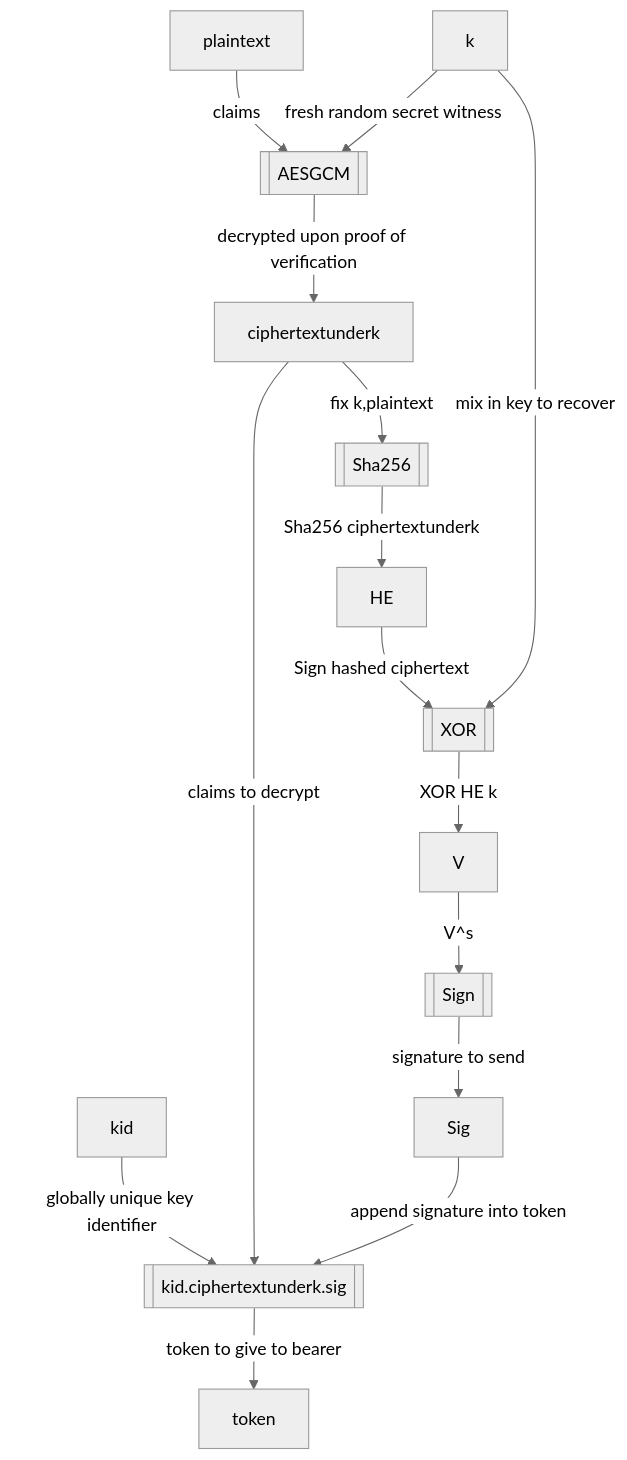
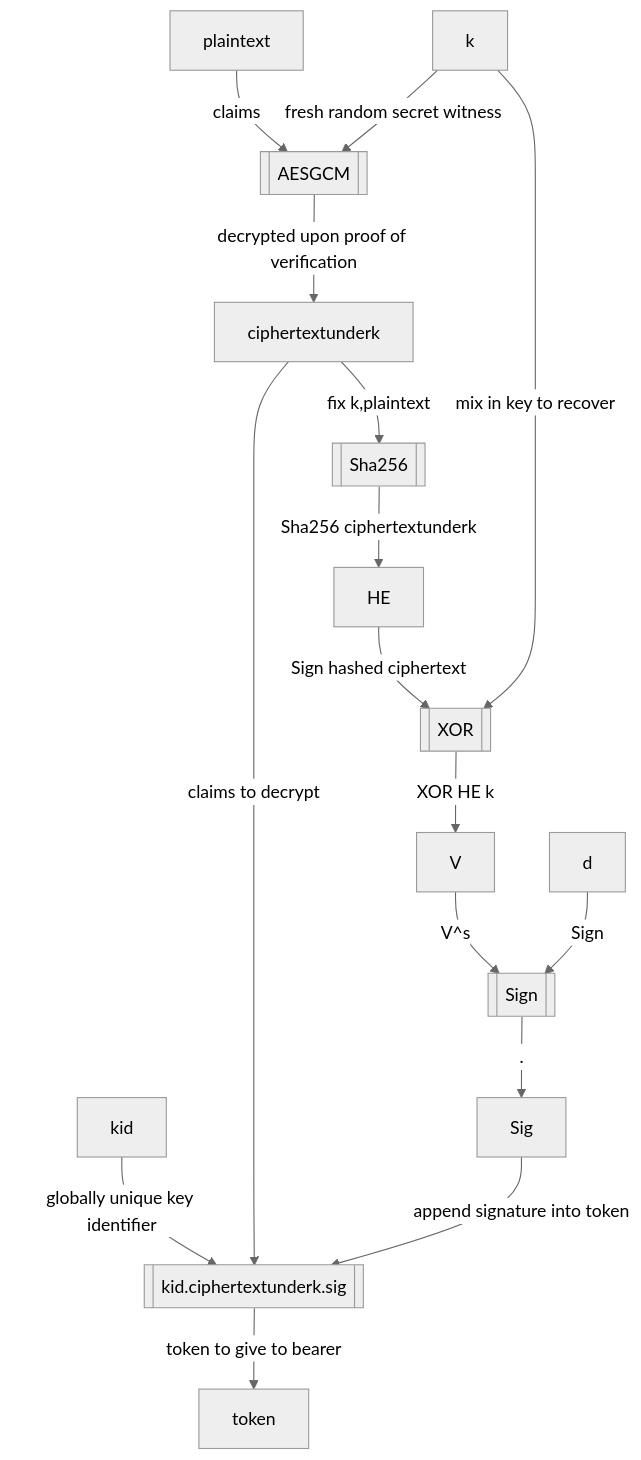
The second of 2 diagrams in README.md (rfielding/whiskeyTango), drawn with Mermaid (neutral theme) before and after one commit.

Commit message:
update diagram

````diff
--- a/README.md
+++ b/README.md
@@ -94,22 +94,23 @@
 ```mermaid
 flowchart TB
   AESGCM[[AESGCM]]
   APPENDB64WithDots[[kid.ciphertextunderk.sig]]
   plaintext-- claims -->AESGCM
   k-- fresh random secret witness -->AESGCM
   AESGCM-- decrypted upon proof of verification -->ciphertextunderk
   kid-- globally unique key identifier -->APPENDB64WithDots
   ciphertextunderk-- claims to decrypt -->APPENDB64WithDots
   APPENDB64WithDots-- token to give to bearer -->token
   Sha256[[Sha256]]
   ciphertextunderk-- fix k,plaintext -->Sha256
   XOR[[XOR]]
   Sign[[Sign]]
   Sha256-- Sha256 ciphertextunderk -->HE
   HE-- Sign hashed ciphertext  -->XOR
   k-- mix in key to recover -->XOR
   XOR-- XOR HE k -->V
   V-- V^s -->Sign
-  Sign-- signature to send -->Sig
+  d-- Sign -->Sign
+  Sign-- . -->Sig
   Sig-- append signature into token -->APPENDB64WithDots
 ```
````
